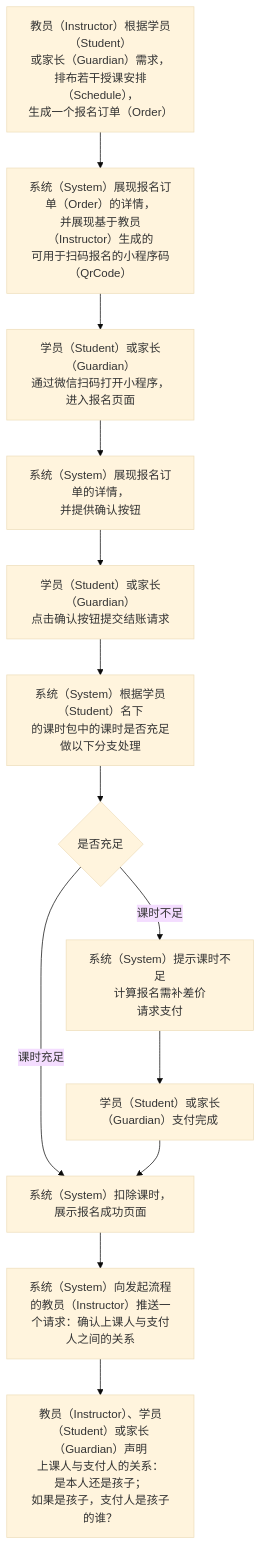
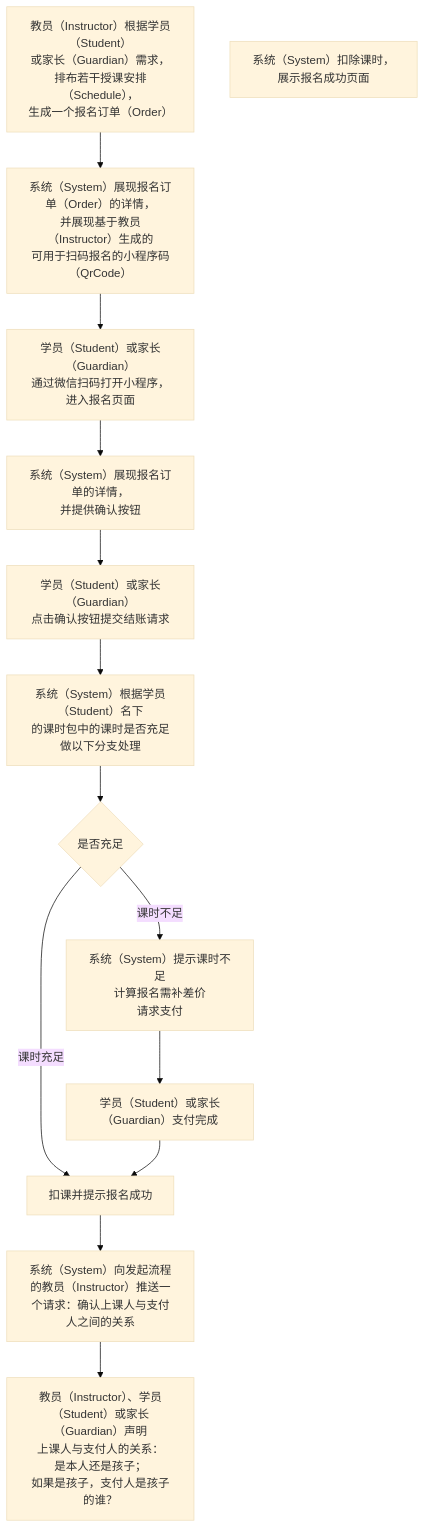
The diagram in 用例/报名.md (world-wide-web/sign), drawn with Mermaid (base theme) before and after one commit. The commit also changed other lines of this file, not shown here.

````diff
--- a/用例/报名.md
+++ b/用例/报名.md
@@ -8,40 +8,40 @@
 ```mermaid
 graph TD
 
 生成报名订单-->生成报名码
 生成报名码-->扫码报名
 扫码报名-->展现报名订单
 展现报名订单-->确认并提交结账请求
 确认并提交结账请求-->检查课时数量
 检查课时数量-->判断课时数量
-判断课时数量--课时充足-->报名成功
+判断课时数量--课时充足-->扣课并提示报名成功
 判断课时数量--课时不足-->请求支付
 请求支付-->支付完成
-支付完成-->报名成功
-报名成功-->请求身份声明
+支付完成-->扣课并提示报名成功
+扣课并提示报名成功-->请求身份声明
 请求身份声明-->身份声明
 
 生成报名订单["<center>教员（Instructor）根据学员（Student）<br>或家长（Guardian）需求，<br>排布若干授课安排（Schedule），<br>生成一个报名订单（Order）</center>"]
 
 生成报名码["<center>系统（System）展现报名订单（Order）的详情，<br>并展现基于教员（Instructor）生成的<br>可用于扫码报名的小程序码（QrCode）</center>"]
 
 扫码报名["<center>学员（Student）或家长（Guardian）<br>通过微信扫码打开小程序，进入报名页面</center>"]
 
 展现报名订单["<center>系统（System）展现报名订单的详情，<br>并提供确认按钮</center>"]
 
 确认并提交结账请求["<center>学员（Student）或家长（Guardian）<br>点击确认按钮提交结账请求</center>"]
 
 检查课时数量["<center>系统（System）根据学员（Student）名下<br>的课时包中的课时是否充足做以下分支处理</center>"]
 
 判断课时数量{"<center>是否充足</center>"}
 
 请求支付["<center>系统（System）提示课时不足<br>计算报名需补差价<br>请求支付</center>"]
 
 支付完成["<center>学员（Student）或家长（Guardian）支付完成</center>"]
 
 报名成功["<center>系统（System）扣除课时，展示报名成功页面</center>"]
 
 请求身份声明["<center>系统（System）向发起流程的教员（Instructor）推送一个请求：确认上课人与支付人之间的关系</center>"]
 
 身份声明["<center>教员（Instructor）、学员（Student）或家长（Guardian）声明<br>上课人与支付人的关系：<br>是本人还是孩子；<br>如果是孩子，支付人是孩子的谁？</center>"]
 ```
````
